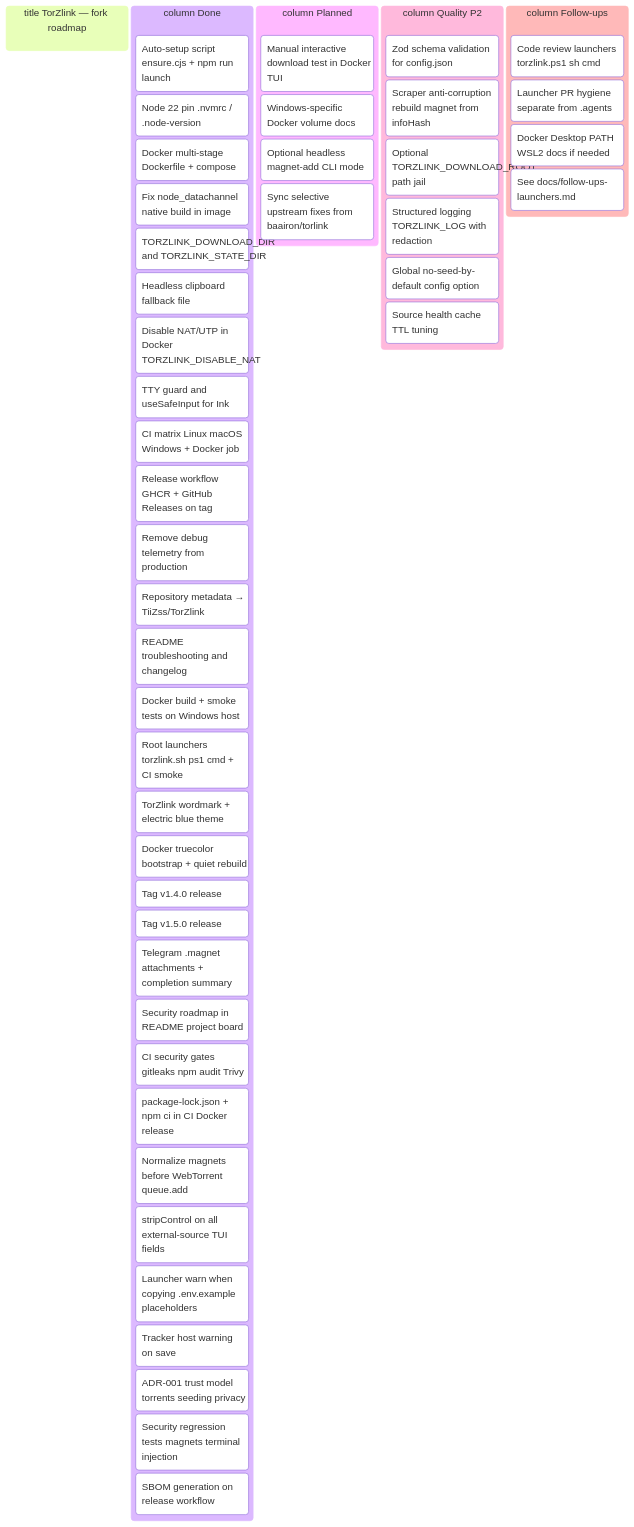
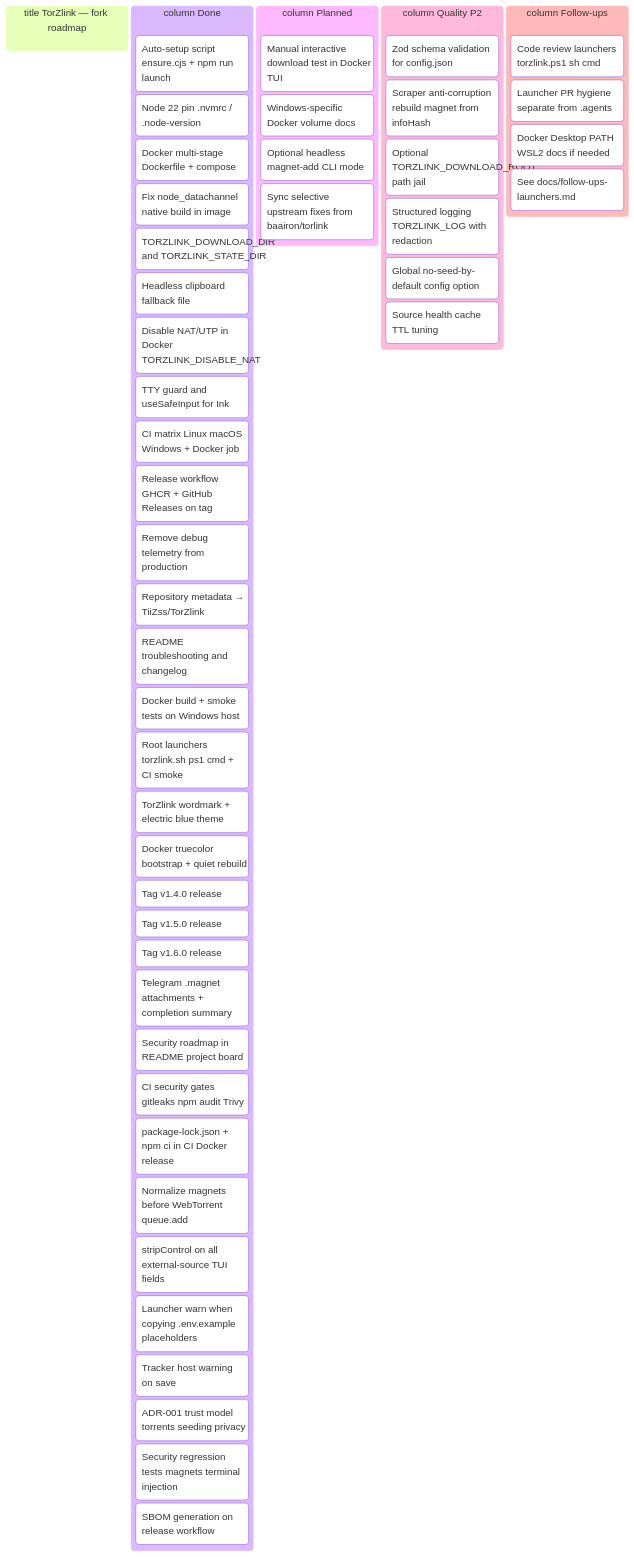
The diagram in README.md (TiiZss/TorZlink), drawn with Mermaid before and after one commit. The commit also changed other lines of this file and 3 other files, not shown here.

````diff
--- a/README.md
+++ b/README.md
@@ -289,52 +289,53 @@
 ```mermaid
 kanban
   title TorZlink — fork roadmap
   column Done
     Auto-setup script ensure.cjs + npm run launch
     Node 22 pin .nvmrc / .node-version
     Docker multi-stage Dockerfile + compose
     Fix node_datachannel native build in image
     TORZLINK_DOWNLOAD_DIR and TORZLINK_STATE_DIR
     Headless clipboard fallback file
     Disable NAT/UTP in Docker TORZLINK_DISABLE_NAT
     TTY guard and useSafeInput for Ink
     CI matrix Linux macOS Windows + Docker job
     Release workflow GHCR + GitHub Releases on tag
     Remove debug telemetry from production
     Repository metadata → TiiZss/TorZlink
     README troubleshooting and changelog
     Docker build + smoke tests on Windows host
     Root launchers torzlink.sh ps1 cmd + CI smoke
     TorZlink wordmark + electric blue theme
     Docker truecolor bootstrap + quiet rebuild
     Tag v1.4.0 release
     Tag v1.5.0 release
+    Tag v1.6.0 release
     Telegram .magnet attachments + completion summary
     Security roadmap in README project board
     CI security gates gitleaks npm audit Trivy
     package-lock.json + npm ci in CI Docker release
     Normalize magnets before WebTorrent queue.add
     stripControl on all external-source TUI fields
     Launcher warn when copying .env.example placeholders
     Tracker host warning on save
     ADR-001 trust model torrents seeding privacy
     Security regression tests magnets terminal injection
     SBOM generation on release workflow
   column Planned
     Manual interactive download test in Docker TUI
     Windows-specific Docker volume docs
     Optional headless magnet-add CLI mode
     Sync selective upstream fixes from baairon/torlink
   column Quality P2
     Zod schema validation for config.json
     Scraper anti-corruption rebuild magnet from infoHash
     Optional TORZLINK_DOWNLOAD_ROOT path jail
     Structured logging TORZLINK_LOG with redaction
     Global no-seed-by-default config option
     Source health cache TTL tuning
   column Follow-ups
     Code review launchers torzlink.ps1 sh cmd
     Launcher PR hygiene separate from .agents
     Docker Desktop PATH WSL2 docs if needed
     See docs/follow-ups-launchers.md
 ```
````
